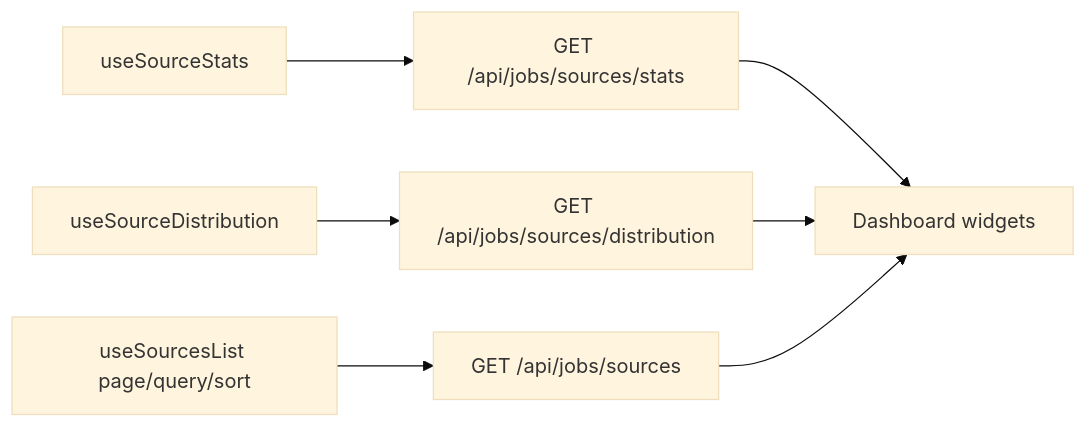
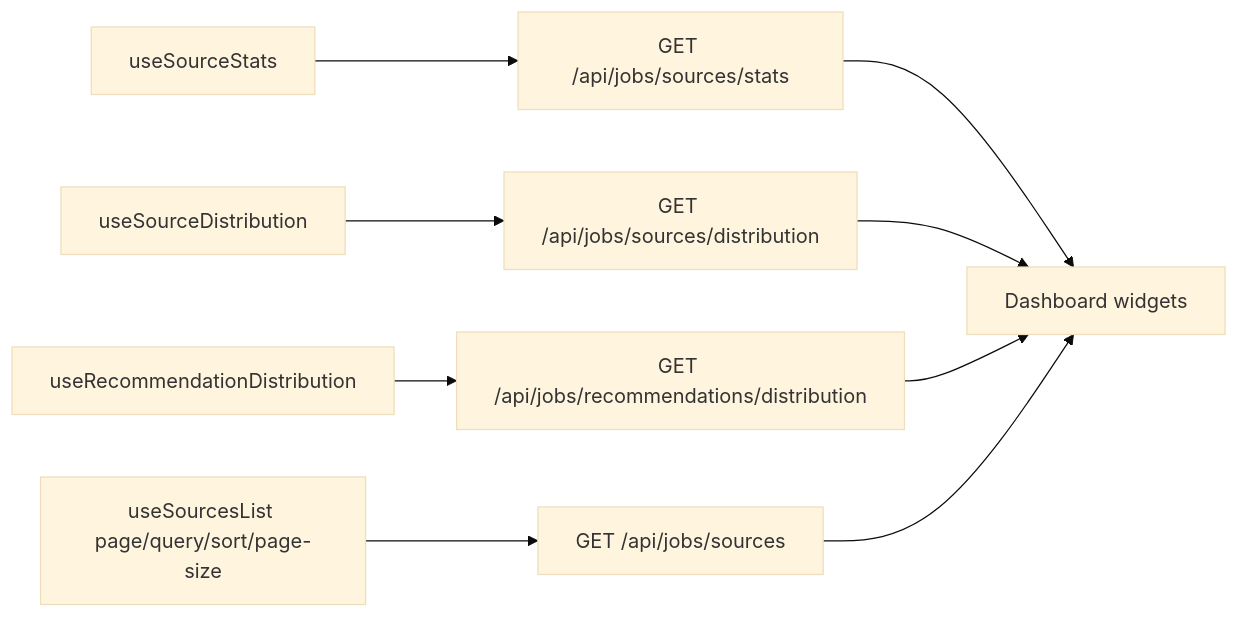
Before and after one commit to hassan-mohagheghian/job-flow: the diagram in docs/ux/features/dashboard/page.md, drawn with Mermaid (base theme). The commit also changed other lines of this file and 14 other files, not shown here.

Commit message:
feat(dashboard): recommendation pie chart and per-page selector for sources table

````diff
--- a/docs/ux/features/dashboard/page.md
+++ b/docs/ux/features/dashboard/page.md
@@ -93,7 +105,8 @@
 ```mermaid
 flowchart LR
   A[useSourceStats] --> B[GET /api/jobs/sources/stats]
   C[useSourceDistribution] --> D[GET /api/jobs/sources/distribution]
-  E[useSourcesList page/query/sort] --> F[GET /api/jobs/sources]
-  B & D & F --> G[Dashboard widgets]
+  R[useRecommendationDistribution] --> P[GET /api/jobs/recommendations/distribution]
+  E[useSourcesList page/query/sort/page-size] --> F[GET /api/jobs/sources]
+  B & D & P & F --> G[Dashboard widgets]
 ```
````
